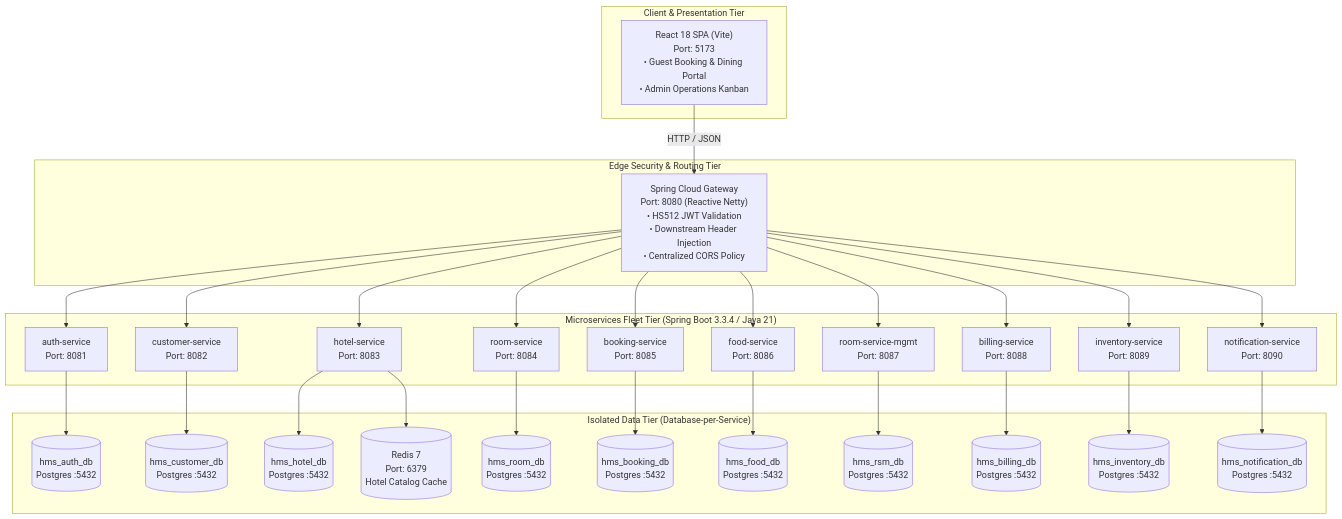
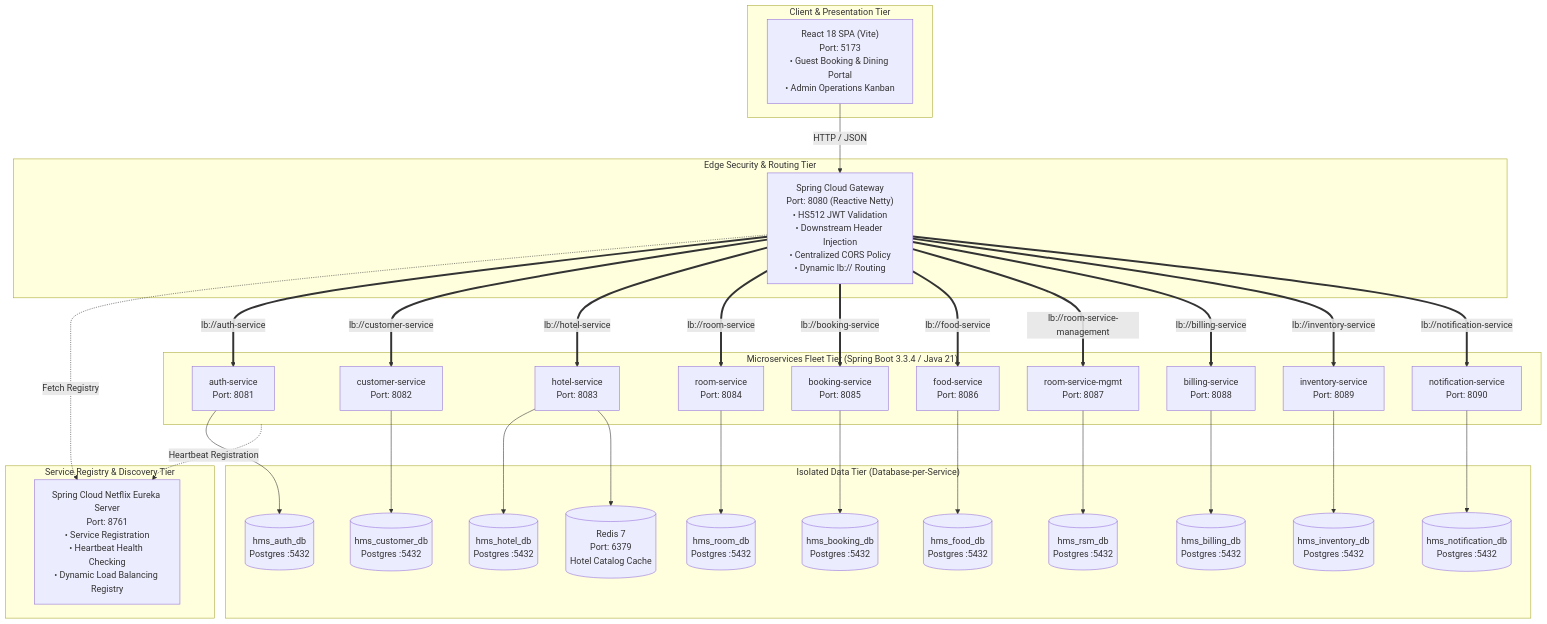
One commit to Dheerajdvn/Hospitality-Management-System changed the first of 8 diagrams in docs/architecture/HWD_WORKFLOW.md. Above: the diagram before and after it, drawn with Mermaid. The commit also changed other lines of this file and 59 other files, not shown here.

Commit message:
feat(eureka): integrate Netflix Eureka discovery service, dynamic lb routing, resilience & update all docs

````diff
--- a/docs/architecture/HWD_WORKFLOW.md
+++ b/docs/architecture/HWD_WORKFLOW.md
@@ -20,61 +21,68 @@
 ```mermaid
 graph TB
     subgraph ClientLayer["Client & Presentation Tier"]
         UI["React 18 SPA (Vite)<br/>Port: 5173<br/>• Guest Booking & Dining Portal<br/>• Admin Operations Kanban"]
     end
 
+    subgraph DiscoveryLayer["Service Registry & Discovery Tier"]
+        EUREKA["Spring Cloud Netflix Eureka Server<br/>Port: 8761<br/>• Service Registration<br/>• Heartbeat Health Checking<br/>• Dynamic Load Balancing Registry"]
+    end
+
     subgraph GatewayLayer["Edge Security & Routing Tier"]
-        GW["Spring Cloud Gateway<br/>Port: 8080 (Reactive Netty)<br/>• HS512 JWT Validation<br/>• Downstream Header Injection<br/>• Centralized CORS Policy"]
+        GW["Spring Cloud Gateway<br/>Port: 8080 (Reactive Netty)<br/>• HS512 JWT Validation<br/>• Downstream Header Injection<br/>• Centralized CORS Policy<br/>• Dynamic lb:// Routing"]
     end
 
     subgraph ServiceFleet["Microservices Fleet Tier (Spring Boot 3.3.4 / Java 21)"]
         AUTH["auth-service<br/>Port: 8081"]
         CUST["customer-service<br/>Port: 8082"]
         HOTEL["hotel-service<br/>Port: 8083"]
         ROOM["room-service<br/>Port: 8084"]
         BOOK["booking-service<br/>Port: 8085"]
         FOOD["food-service<br/>Port: 8086"]
         RSM["room-service-mgmt<br/>Port: 8087"]
         BILL["billing-service<br/>Port: 8088"]
         INV["inventory-service<br/>Port: 8089"]
         NOTIF["notification-service<br/>Port: 8090"]
     end
 
     subgraph StorageTier["Isolated Data Tier (Database-per-Service)"]
         DB_AUTH[("hms_auth_db<br/>Postgres :5432")]
         DB_CUST[("hms_customer_db<br/>Postgres :5432")]
         DB_HOTEL[("hms_hotel_db<br/>Postgres :5432")]
         DB_ROOM[("hms_room_db<br/>Postgres :5432")]
         DB_BOOK[("hms_booking_db<br/>Postgres :5432")]
         DB_FOOD[("hms_food_db<br/>Postgres :5432")]
         DB_RSM[("hms_rsm_db<br/>Postgres :5432")]
         DB_BILL[("hms_billing_db<br/>Postgres :5432")]
         DB_INV[("hms_inventory_db<br/>Postgres :5432")]
         DB_NOTIF[("hms_notification_db<br/>Postgres :5432")]
         CACHE[("Redis 7<br/>Port: 6379<br/>Hotel Catalog Cache")]
     end
 
     UI -->|HTTP / JSON| GW
-    GW --> AUTH
-    GW --> CUST
-    GW --> HOTEL
-    GW --> ROOM
-    GW --> BOOK
-    GW --> FOOD
-    GW --> RSM
-    GW --> BILL
-    GW --> INV
-    GW --> NOTIF
+    GW -.->|Fetch Registry| EUREKA
+    ServiceFleet -.->|Heartbeat Registration| EUREKA
+
+    GW ==>|lb://auth-service| AUTH
+    GW ==>|lb://customer-service| CUST
+    GW ==>|lb://hotel-service| HOTEL
+    GW ==>|lb://room-service| ROOM
+    GW ==>|lb://booking-service| BOOK
+    GW ==>|lb://food-service| FOOD
+    GW ==>|lb://room-service-management| RSM
+    GW ==>|lb://billing-service| BILL
+    GW ==>|lb://inventory-service| INV
+    GW ==>|lb://notification-service| NOTIF
 
     AUTH --> DB_AUTH
     CUST --> DB_CUST
     HOTEL --> DB_HOTEL
     HOTEL --> CACHE
     ROOM --> DB_ROOM
     BOOK --> DB_BOOK
     FOOD --> DB_FOOD
     RSM --> DB_RSM
     BILL --> DB_BILL
     INV --> DB_INV
     NOTIF --> DB_NOTIF
 ```
````
